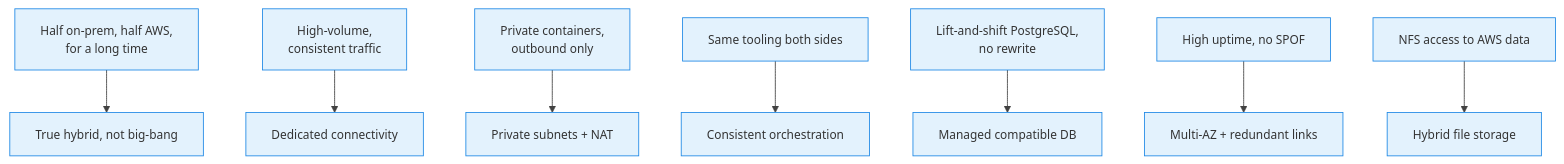
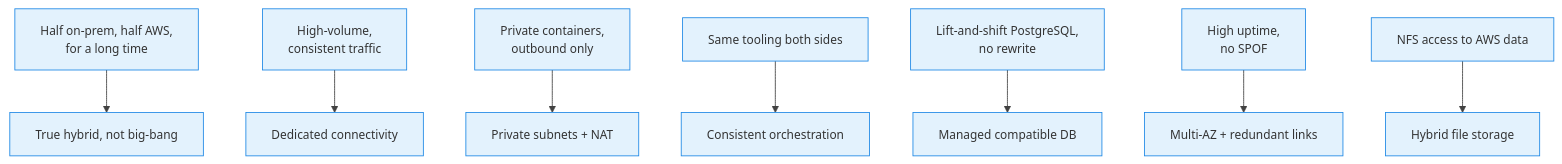
One commit to senthilkumarm1901/learn_by_blogging changed the third of 26 diagrams in aws_architecting_solutions/12-hybrid-container-workloads.qmd. Above: the diagram before and after it, drawn with Mermaid. The commit also changed other lines of this file and 5 other files, not shown here.

Commit message:
updates to mermaid diagrams

````diff
--- a/aws_architecting_solutions/12-hybrid-container-workloads.qmd
+++ b/aws_architecting_solutions/12-hybrid-container-workloads.qmd
@@ -99,11 +104,11 @@
 ```{mermaid}
 %%{init: {'theme': 'base', 'themeVariables': {'primaryColor': '#E3F2FD', 'primaryBorderColor': '#1E88E5', 'lineColor': '#424242', 'fontSize': '14px'}}}%%
 flowchart TD
     R1["Half on-prem, half AWS,<br>for a long time"] --> D1["True hybrid, not big-bang"]
     R2["High-volume,<br>consistent traffic"] --> D2["Dedicated connectivity"]
     R3["Private containers,<br>outbound only"] --> D3["Private subnets + NAT"]
     R4["Same tooling both sides"] --> D4["Consistent orchestration"]
     R5["Lift-and-shift PostgreSQL,<br>no rewrite"] --> D5["Managed compatible DB"]
-    R6["High uptime, no SPOF"] --> D6["Multi-AZ + redundant links"]
+    R6["High uptime,<br>no SPOF"] --> D6["Multi-AZ + redundant links"]
     R7["NFS access to AWS data"] --> D7["Hybrid file storage"]
 ```
````
